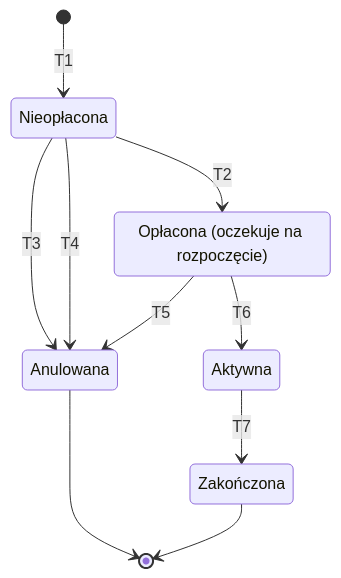
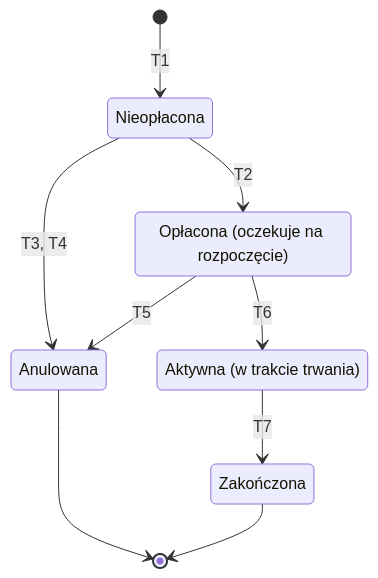
The first of 2 diagrams in etap1/12funkcjonalne.md (DDanulo/Kompetencyjny-team-1), drawn with Mermaid before and after one commit. The commit also changed other lines of this file, not shown here.

Commit message:
feat: drobne poprawki i dostosowane diagramów stanów i tabel przejść w pełni do modelu dziedzinowego. #4

````diff
--- a/etap1/12funkcjonalne.md
+++ b/etap1/12funkcjonalne.md
@@ -33,17 +48,16 @@
 ```mermaid
 stateDiagram-v2
-    [*] --> Nieoplacona : T1
-    Nieoplacona --> Oplacona : T2
-    Nieoplacona --> Anulowana : T3
-    Nieoplacona --> Anulowana : T4
-    Oplacona --> Anulowana : T5
-    Oplacona --> Aktywna : T6
-    Aktywna --> Zakonczona : T7
+    [*] --> Nieoplacona: T1
+    Nieoplacona --> Oplacona: T2
+    Nieoplacona --> Anulowana: T3, T4
+    Oplacona --> Anulowana: T5
+    Oplacona --> Aktywna: T6
+    Aktywna --> Zakonczona: T7
     Anulowana --> [*]
     Zakonczona --> [*]
-
     state "Nieopłacona" as Nieoplacona
     state "Opłacona (oczekuje na rozpoczęcie)" as Oplacona
+    state "Aktywna (w trakcie trwania)" as Aktywna
     state "Anulowana" as Anulowana
     state "Zakończona" as Zakonczona
 ```
````
